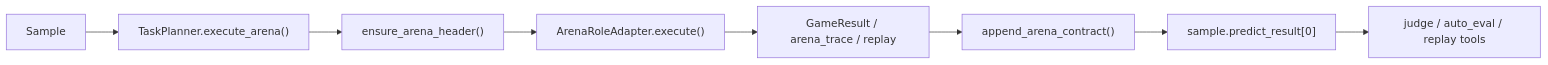
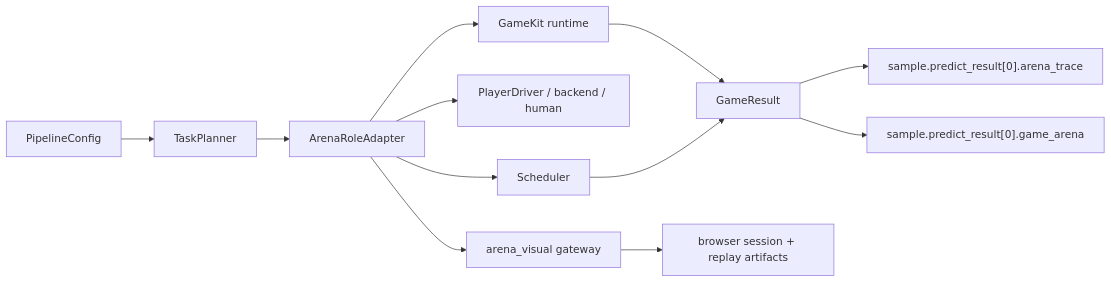
One commit to HiThink-Research/GAGE changed the diagram in docs/guide/game_arena_zh.md. Above: the diagram before and after it, drawn with Mermaid. The commit also changed other lines of this file and 963 other files, not shown here.

First line of the commit message:
Game Arena refactor and visual docs update (#146) (#147)

````diff
--- a/docs/guide/game_arena_zh.md
+++ b/docs/guide/game_arena_zh.md
@@ -44,10 +15,14 @@
 ```mermaid
 flowchart LR
-  A["Sample"] --> B["TaskPlanner.execute_arena()"]
-  B --> C["ensure_arena_header()"]
-  C --> D["ArenaRoleAdapter.execute()"]
-  D --> E["GameResult / arena_trace / replay"]
-  E --> F["append_arena_contract()"]
-  F --> G["sample.predict_result[0]"]
-  G --> H["judge / auto_eval / replay tools"]
+  A["PipelineConfig"] --> B["TaskPlanner"]
+  B --> C["ArenaRoleAdapter"]
+  C --> D["GameKit runtime"]
+  C --> E["PlayerDriver / backend / human"]
+  C --> F["Scheduler"]
+  C --> G["arena_visual gateway"]
+  D --> H["GameResult"]
+  F --> H
+  G --> I["browser session + replay artifacts"]
+  H --> J["sample.predict_result[0].arena_trace"]
+  H --> K["sample.predict_result[0].game_arena"]
 ```
````
